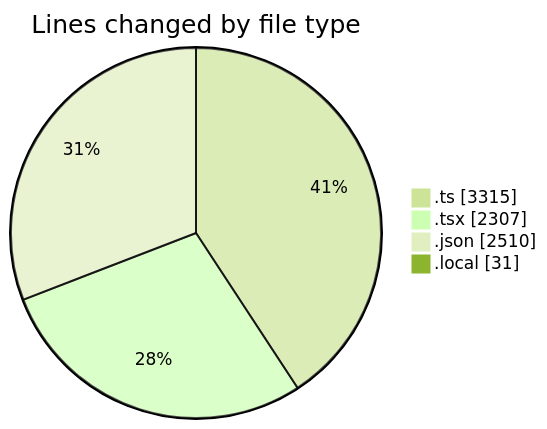
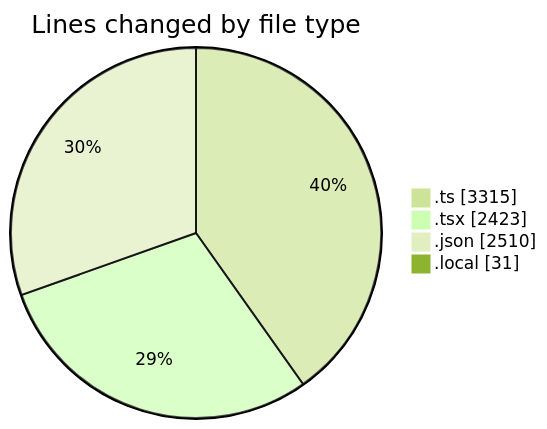
Before and after one commit to julien-gomy/code-tracking: the first of 2 diagrams in 2025-11-10/eventscop-frontend-guide__workspace_/README.md, drawn with Mermaid (forest theme). The commit also changed other lines of this file and 1 other file, not shown here.

````diff
--- a/2025-11-10/eventscop-frontend-guide__workspace_/README.md
+++ b/2025-11-10/eventscop-frontend-guide__workspace_/README.md
@@ -59,8 +60,8 @@
 ```mermaid
 pie showData
 title Lines changed by file type
 ".ts" : 3315
-".tsx" : 2307
+".tsx" : 2423
 ".json" : 2510
 ".local" : 31
 ```
````
